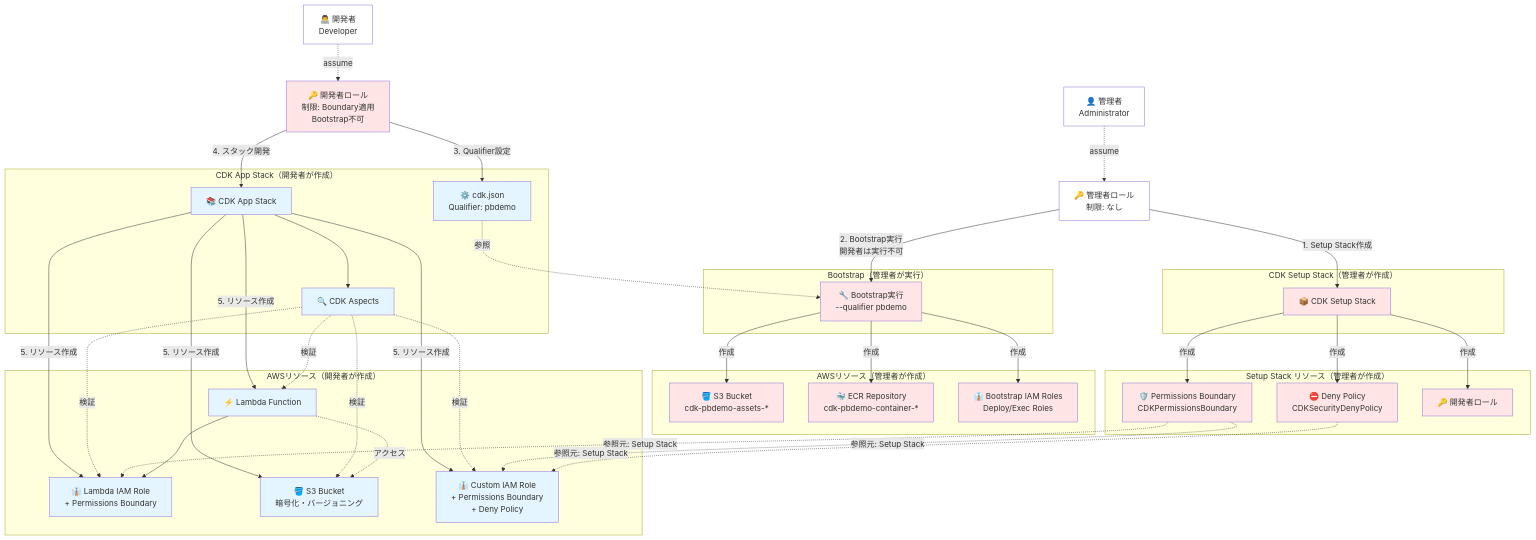
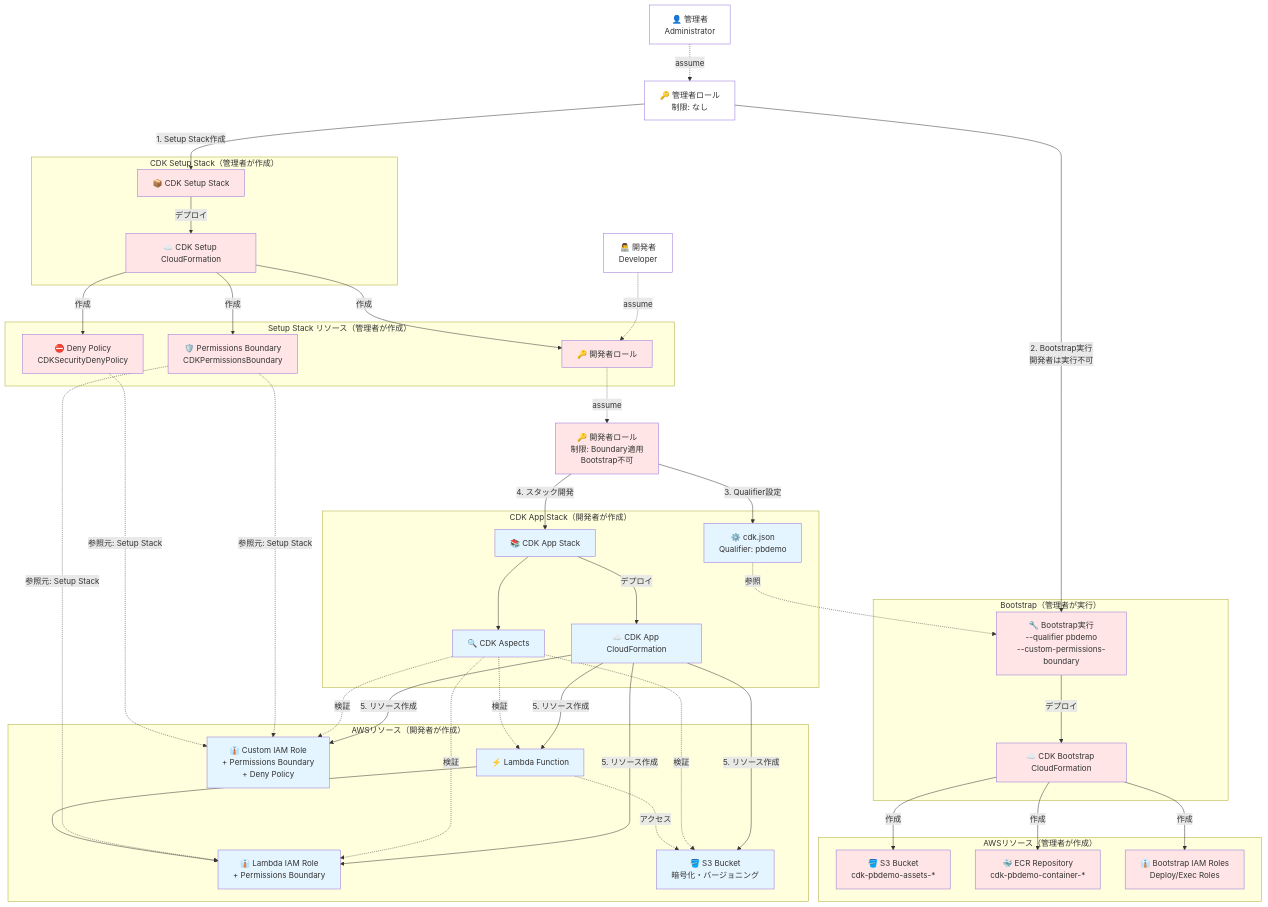
One commit to goataka/cdk-with-permissions-boundary changed the first of 3 diagrams in SECURITY_FEATURES.md. Above: the diagram before and after it, drawn with Mermaid.

Commit message:
Add CloudFormation nodes, consolidate DevRole, and include custom-permissions-boundary in Bootstrap

```diff
--- a/SECURITY_FEATURES.md
+++ b/SECURITY_FEATURES.md
@@ -16,6 +16,7 @@
     
     subgraph "CDK Setup Stack（管理者が作成）"
         SetupStack[📦 CDK Setup Stack]
+        SetupCfn[☁️ CDK Setup CloudFormation]
     end
     
     subgraph "Setup Stack リソース（管理者が作成）"
@@ -25,11 +26,13 @@
     end
     
     subgraph "Bootstrap（管理者が実行）"
-        Bootstrap[🔧 Bootstrap実行<br/>--qualifier pbdemo]
+        Bootstrap[🔧 Bootstrap実行<br/>--qualifier pbdemo<br/>--custom-permissions-boundary]
+        BootstrapCfn[☁️ CDK Bootstrap CloudFormation]
     end
     
     subgraph "CDK App Stack（開発者が作成）"
         AppStack[📚 CDK App Stack]
+        AppCfn[☁️ CDK App CloudFormation]
         QualifierConfig[⚙️ cdk.json<br/>Qualifier: pbdemo]
         Aspects[🔍 CDK Aspects]
     end
@@ -48,27 +51,31 @@
     end
     
     Admin -.assume.-> AdminRole
-    Dev -.assume.-> DevRole
+    Dev -.assume.-> DevRoleResource
     
     AdminRole -->|1. Setup Stack作成| SetupStack
-    SetupStack -->|作成| PBPolicy
-    SetupStack -->|作成| DenyPolicy
-    SetupStack -->|作成| DevRoleResource
+    SetupStack -->|デプロイ| SetupCfn
+    SetupCfn -->|作成| PBPolicy
+    SetupCfn -->|作成| DenyPolicy
+    SetupCfn -->|作成| DevRoleResource
     
     AdminRole -->|2. Bootstrap実行<br/>開発者は実行不可| Bootstrap
-    Bootstrap -->|作成| S3Assets
-    Bootstrap -->|作成| ECRRepo
-    Bootstrap -->|作成| BootstrapRoles
+    Bootstrap -->|デプロイ| BootstrapCfn
+    BootstrapCfn -->|作成| S3Assets
+    BootstrapCfn -->|作成| ECRRepo
+    BootstrapCfn -->|作成| BootstrapRoles
     
+    DevRoleResource -.assume.-> DevRole
     DevRole -->|3. Qualifier設定| QualifierConfig
     DevRole -->|4. スタック開発| AppStack
     QualifierConfig -.参照.-> Bootstrap
+    AppStack -->|デプロイ| AppCfn
     AppStack --> Aspects
     
-    AppStack -->|5. リソース作成| Lambda
-    AppStack -->|5. リソース作成| LambdaRole
-    AppStack -->|5. リソース作成| S3Bucket
-    AppStack -->|5. リソース作成| CustomRole
+    AppCfn -->|5. リソース作成| Lambda
+    AppCfn -->|5. リソース作成| LambdaRole
+    AppCfn -->|5. リソース作成| S3Bucket
+    AppCfn -->|5. リソース作成| CustomRole
     
     Aspects -.検証.-> Lambda
     Aspects -.検証.-> LambdaRole
@@ -87,14 +94,17 @@
     style AdminRole fill:#FFFFFF
     style DevRole fill:#FFE5E5
     style SetupStack fill:#FFE5E5
+    style SetupCfn fill:#FFE5E5
     style PBPolicy fill:#FFE5E5
     style DenyPolicy fill:#FFE5E5
     style DevRoleResource fill:#FFE5E5
     style Bootstrap fill:#FFE5E5
+    style BootstrapCfn fill:#FFE5E5
     style S3Assets fill:#FFE5E5
     style ECRRepo fill:#FFE5E5
     style BootstrapRoles fill:#FFE5E5
     style AppStack fill:#E5F5FF
+    style AppCfn fill:#E5F5FF
     style QualifierConfig fill:#E5F5FF
     style Aspects fill:#E5F5FF
     style Lambda fill:#E5F5FF
```
